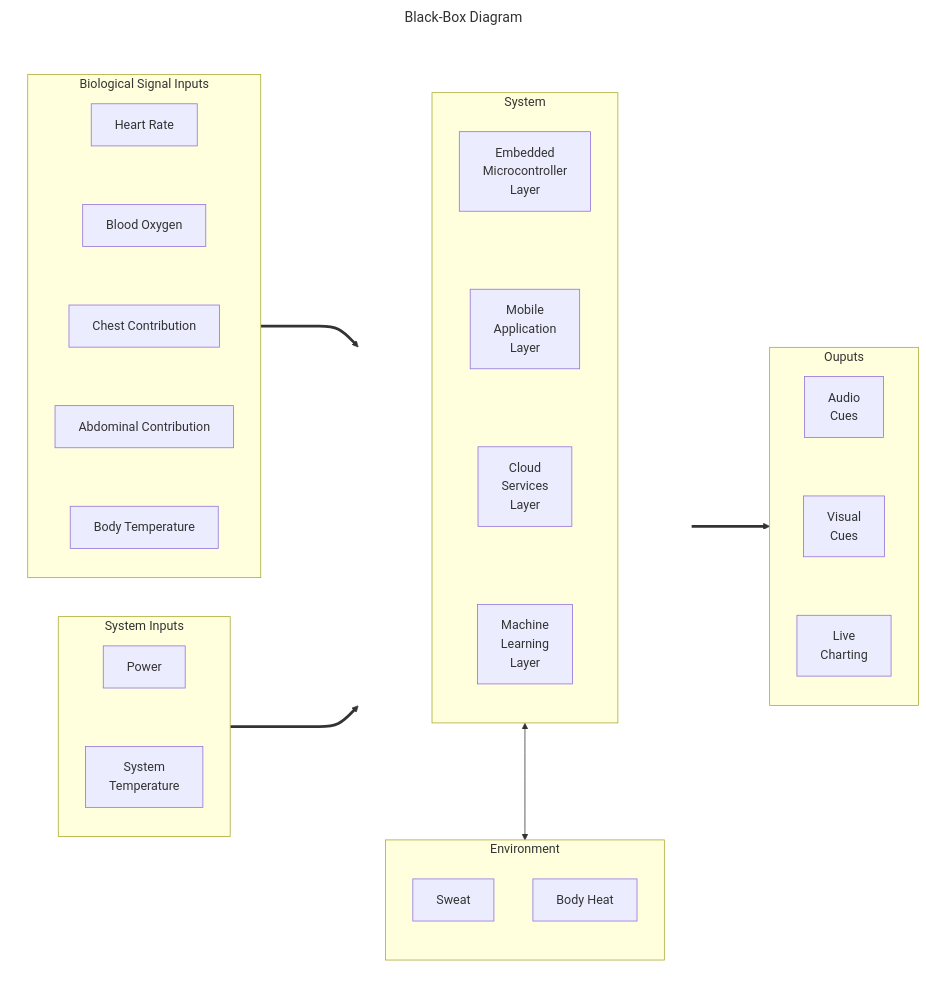
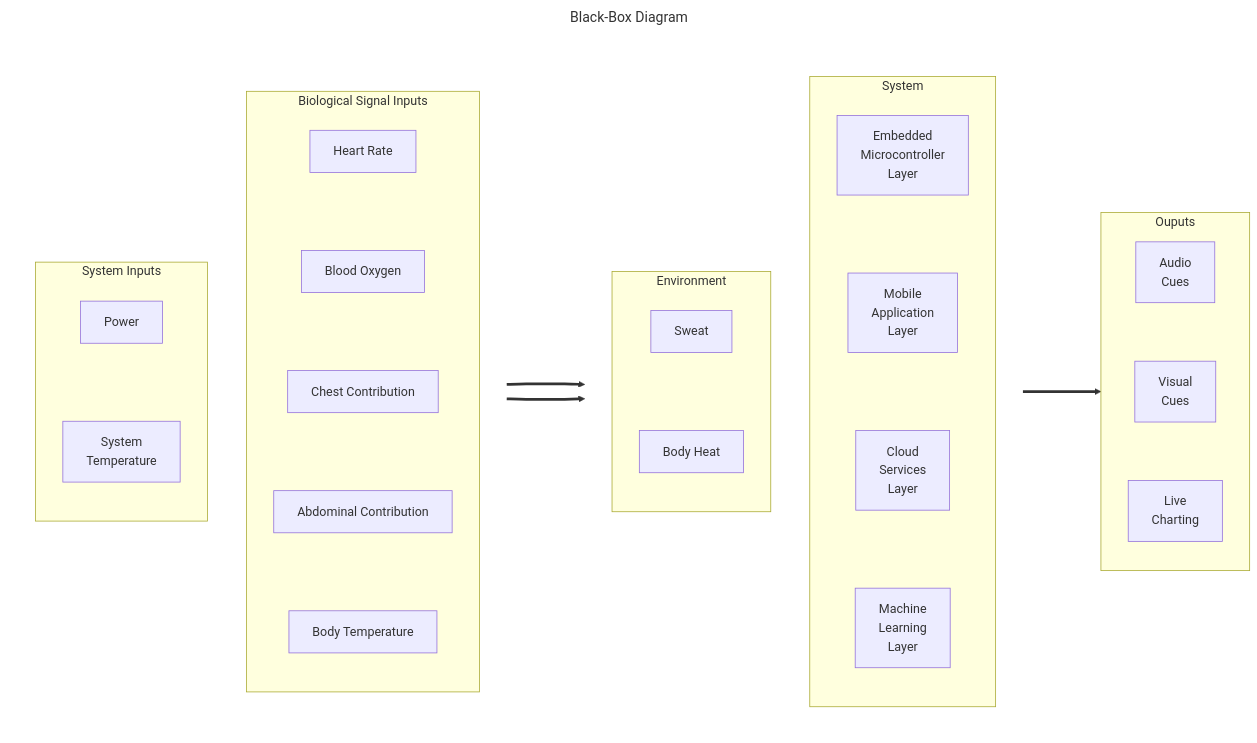
The diagram in system-architecture/black-box.md (ARRR-Coen-Elec-490/docs), drawn with Mermaid before and after one commit.

Commit message:
Small corrections

````diff
--- a/system-architecture/black-box.md
+++ b/system-architecture/black-box.md
@@ -13,6 +13,7 @@
 flowchart LR
     %% Inputs
     subgraph left_col[ ]
+        direction TB
         subgraph bio_in[Biological Signal Inputs]
             direction TB
             bpm[Heart Rate]
@@ -61,7 +62,7 @@
             body_heat[Body Heat]
 
             %% Hidden structural connections
-            %%sweat~~~body_heat
+            sweat~~~body_heat
         end
     end
 
@@ -83,9 +84,9 @@
     bio_in ===> system
     sys_in ===> system
     system ===> out
-    system <---> env
 
     %% Styling
+    %% Hidden structural details
     style left_col fill:none, stroke:none
     style center_col fill:none, stroke:none
 ```
````
